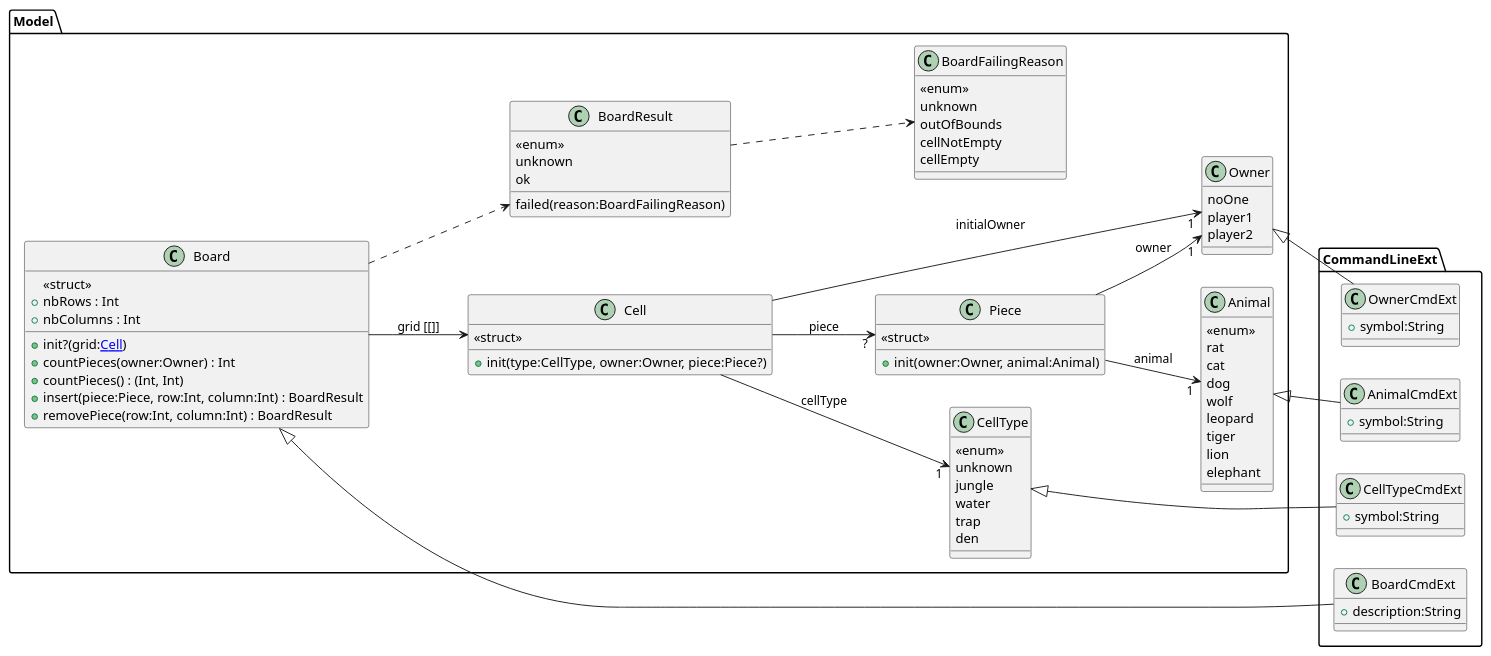
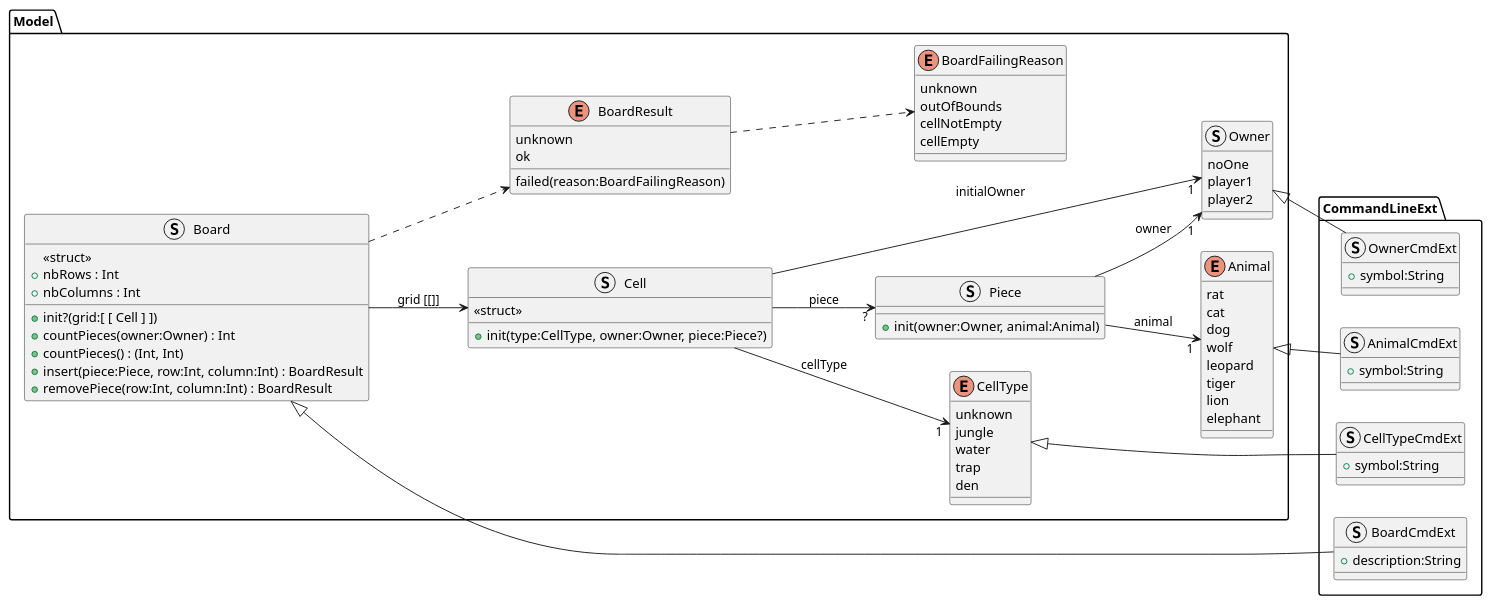
One commit to axdelafuen/doushouqi changed the second of 2 diagrams in README.md. Above: the diagram before and after it, drawn with PlantUML.

```diff
--- a/README.md
+++ b/README.md
@@ -74,24 +74,23 @@
 @startuml
 left to right direction
 package Model {
-    class Board {
+    struct Board {
         <<struct>>
         +nbRows : Int
         +nbColumns : Int
-        +init?(grid:[[Cell]])
+        +init?(grid:[ [ Cell ] ])
         +countPieces(owner:Owner) : Int
         +countPieces() : (Int, Int)
         +insert(piece:Piece, row:Int, column:Int) : BoardResult
         +removePiece(row:Int, column:Int) : BoardResult
     }
 
-    class Cell {
+    struct Cell {
         <<struct>>
         +init(type:CellType, owner:Owner, piece:Piece?)
     }
     
-    class CellType {
-        <<enum>>
+    enum CellType {
         unknown
         jungle
         water
@@ -99,29 +98,26 @@
         den
     }
 
-    class Owner {
+    struct Owner {
         noOne
         player1
         player2
     }
     
-    class BoardResult {
-        <<enum>>
+    enum BoardResult {
         unknown
         ok
         failed(reason:BoardFailingReason)
     }
     
-    class BoardFailingReason {
-        <<enum>>
+    enum BoardFailingReason {
         unknown
         outOfBounds
         cellNotEmpty
         cellEmpty
     }
 
-    class Animal {
-        <<enum>>
+    enum Animal {
         rat
         cat
         dog
@@ -132,8 +128,7 @@
         elephant
     }
     
-    class Piece {
-        <<struct>>
+    struct Piece {
         +init(owner:Owner, animal:Animal)
     }
 }
@@ -150,19 +145,19 @@
 Cell --> "?" Piece : piece
 
 package CommandLineExt {
-    class CellTypeCmdExt {
+    struct CellTypeCmdExt {
         +symbol:String
     }
     
-    class OwnerCmdExt {
+    struct OwnerCmdExt {
         +symbol:String
     }
     
-    class AnimalCmdExt {
+    struct AnimalCmdExt {
         +symbol:String
     }
     
-    class BoardCmdExt {
+    struct BoardCmdExt {
         +description:String
     }
 }
```
